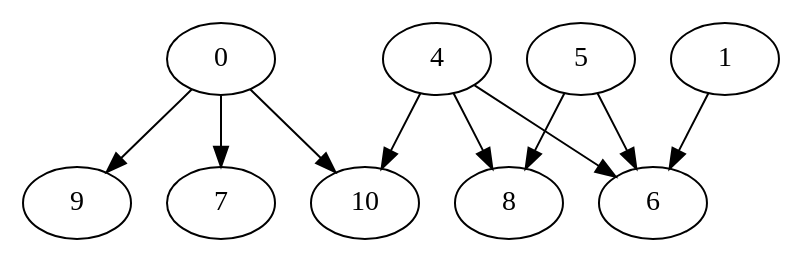
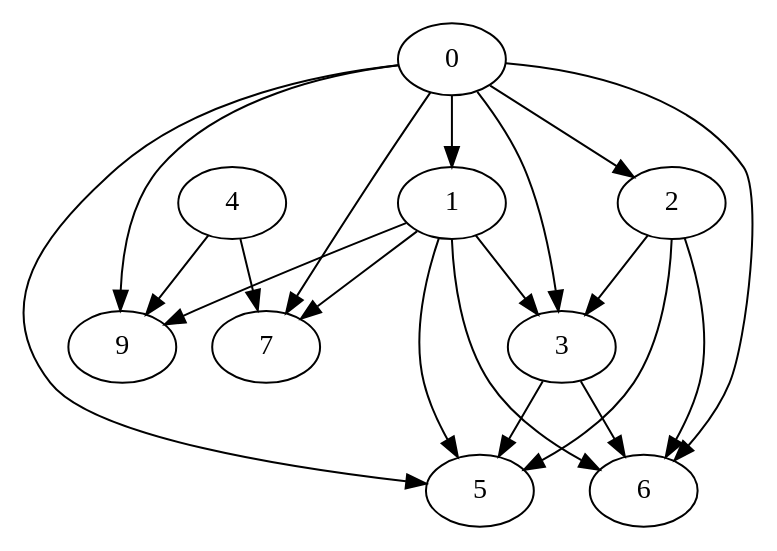
One commit to MrGreyPanda/NEM-MCMC-optimization changed the diagram in DAGs/networks/network8/network8.gv. Above: the diagram before and after it, drawn with Graphviz. The commit also changed 177 other files, not shown here.

```diff
--- a/DAGs/networks/network8/network8.gv
+++ b/DAGs/networks/network8/network8.gv
@@ -1,11 +1,21 @@
 digraph {
+    0 -> 1;
     0 -> 7;
-    4 -> 10;
-    0 -> 10;
-    5 -> 8;
-    4 -> 6;
+    1 -> 5;
+    4 -> 9;
+    0 -> 2;
+    0 -> 5;
+    1 -> 6;
+    2 -> 5;
+    1 -> 3;
+    1 -> 9;
+    4 -> 7;
+    3 -> 5;
+    0 -> 3;
     0 -> 9;
-    5 -> 6;
-    4 -> 8;
-    1 -> 6;
+    0 -> 6;
+    2 -> 3;
+    1 -> 7;
+    2 -> 6;
+    3 -> 6;
 }
```
